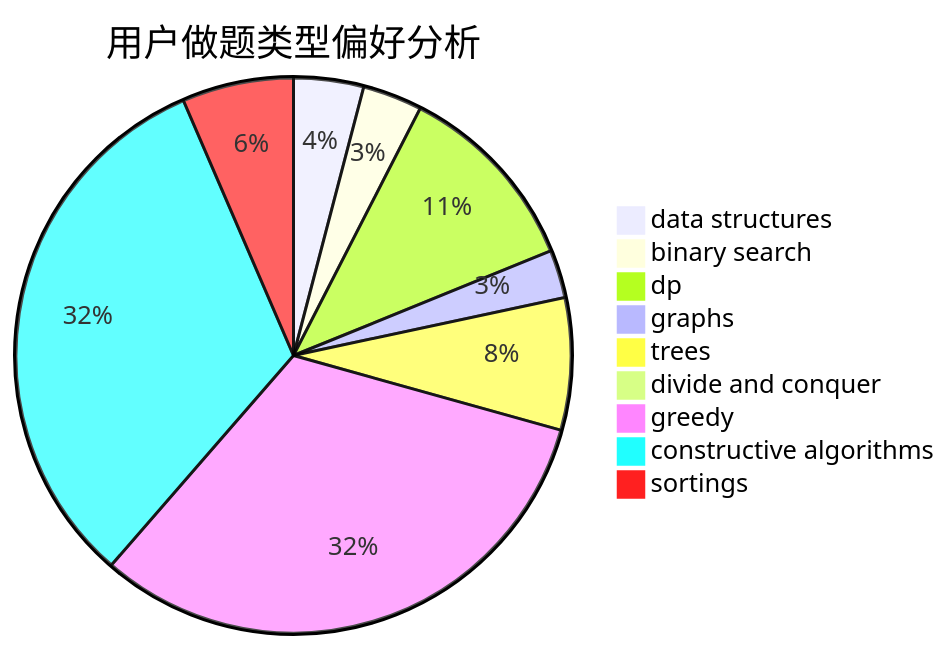
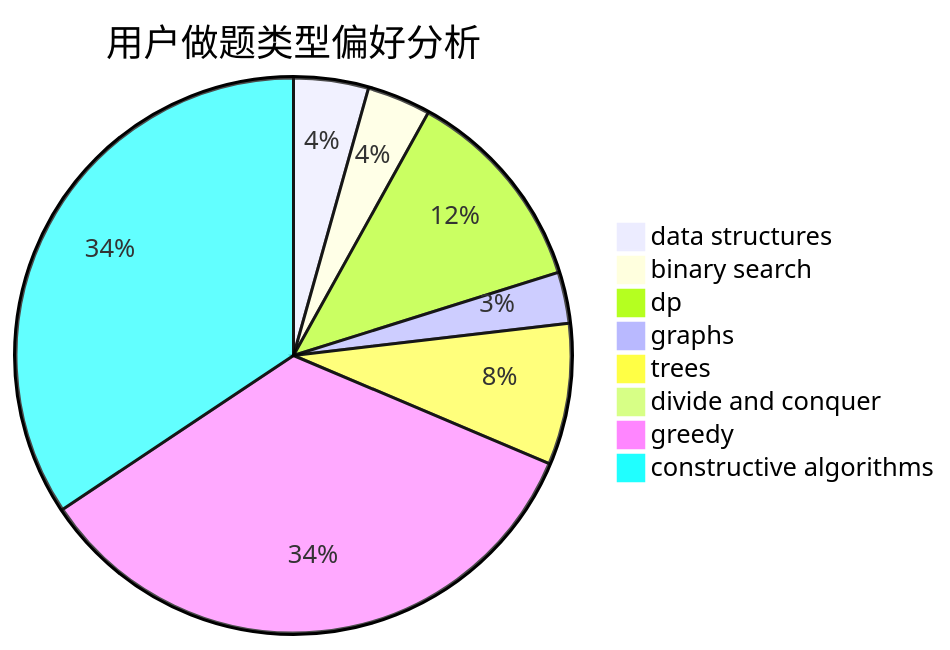
One commit to sherpahu/cfrs.github.io changed the second of 3 diagrams in docs/user/u1033.md. Above: the diagram before and after it, drawn with Mermaid. The commit also changed other lines of this file and 2769 other files, not shown here.

````diff
--- a/docs/user/u1033.md
+++ b/docs/user/u1033.md
@@ -18,12 +18,11 @@
 ```mermaid
 pie title 用户做题类型偏好分析
     "data structures" :  54
     "binary search" :  46
     "dp" :  150
     "graphs" :  37
     "trees" :  102
     "divide and conquer" :  0
     "greedy" :  425
     "constructive algorithms" :  426
-    "sortings" :  86
 ```
````
